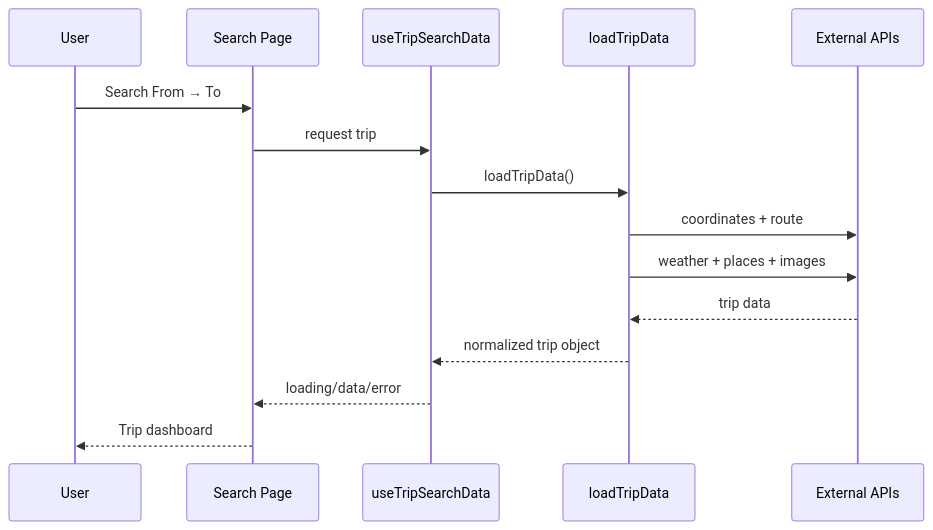
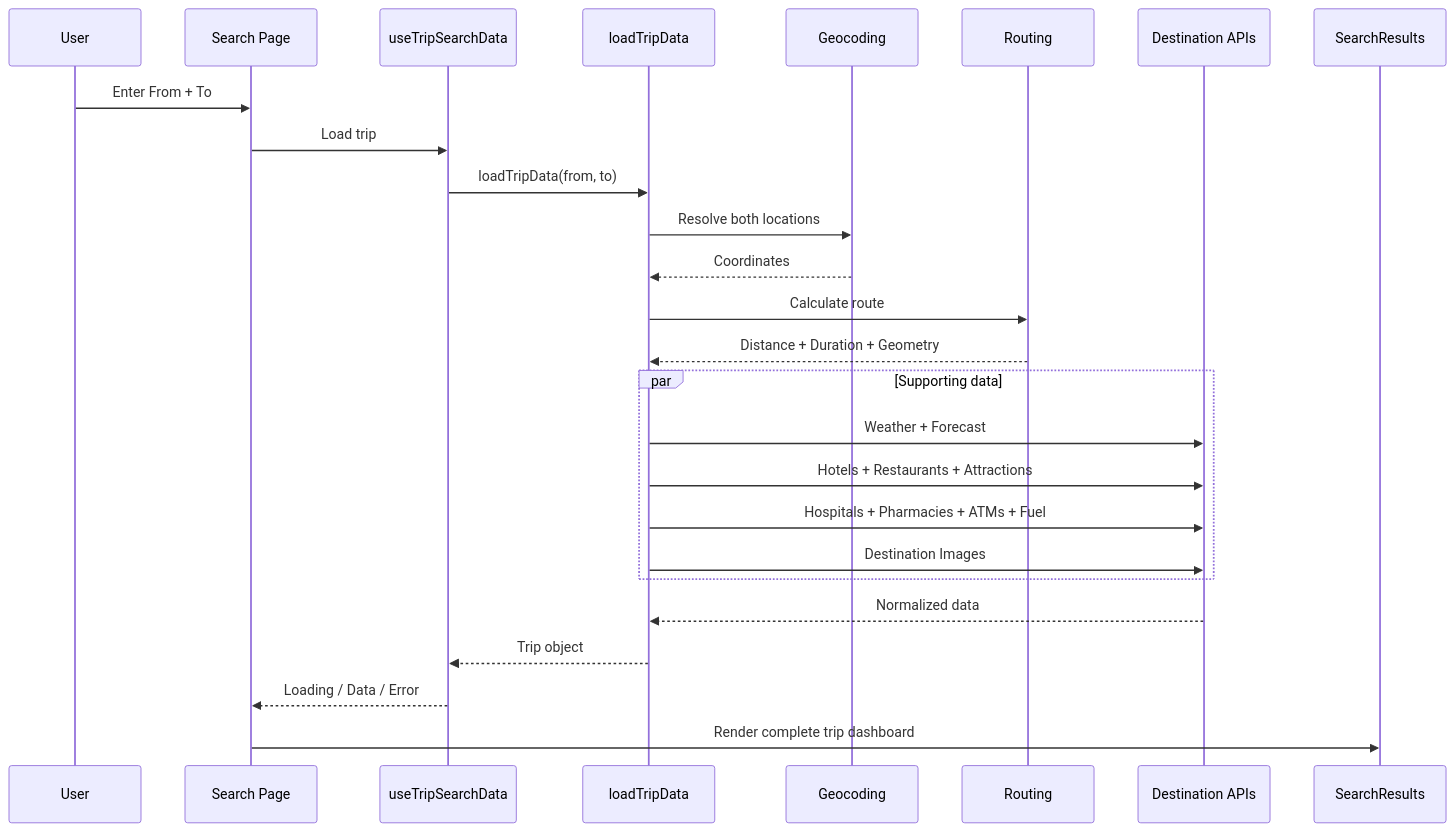
The third of 4 diagrams in README.md (ayushydv1805/TripDNA-AI), drawn with Mermaid before and after one commit. The commit also changed other lines of this file, not shown here.

Commit message:
docs: create complete TripDNA AI README with architecture diagrams

````diff
--- a/README.md
+++ b/README.md
@@ -114,18 +246,33 @@
-```mermaid
+~~~mermaid
 sequenceDiagram
-    participant User
-    participant Page as Search Page
-    participant Hook as useTripSearchData
-    participant Loader as loadTripData
-    participant APIs as External APIs
+    participant U as User
+    participant P as Search Page
+    participant H as useTripSearchData
+    participant L as loadTripData
+    participant G as Geocoding
+    participant R as Routing
+    participant D as Destination APIs
+    participant UI as SearchResults
 
-    User->>Page: Search From → To
-    Page->>Hook: request trip
-    Hook->>Loader: loadTripData()
-    Loader->>APIs: coordinates + route
-    Loader->>APIs: weather + places + images
-    APIs-->>Loader: trip data
-    Loader-->>Hook: normalized trip object
-    Hook-->>Page: loading/data/error
-    Page-->>User: Trip dashboard
-```
+    U->>P: Enter From + To
+    P->>H: Load trip
+    H->>L: loadTripData(from, to)
+
+    L->>G: Resolve both locations
+    G-->>L: Coordinates
+
+    L->>R: Calculate route
+    R-->>L: Distance + Duration + Geometry
+
+    par Supporting data
+        L->>D: Weather + Forecast
+        L->>D: Hotels + Restaurants + Attractions
+        L->>D: Hospitals + Pharmacies + ATMs + Fuel
+        L->>D: Destination Images
+    end
+
+    D-->>L: Normalized data
+    L-->>H: Trip object
+    H-->>P: Loading / Data / Error
+    P->>UI: Render complete trip dashboard
+~~~
````
